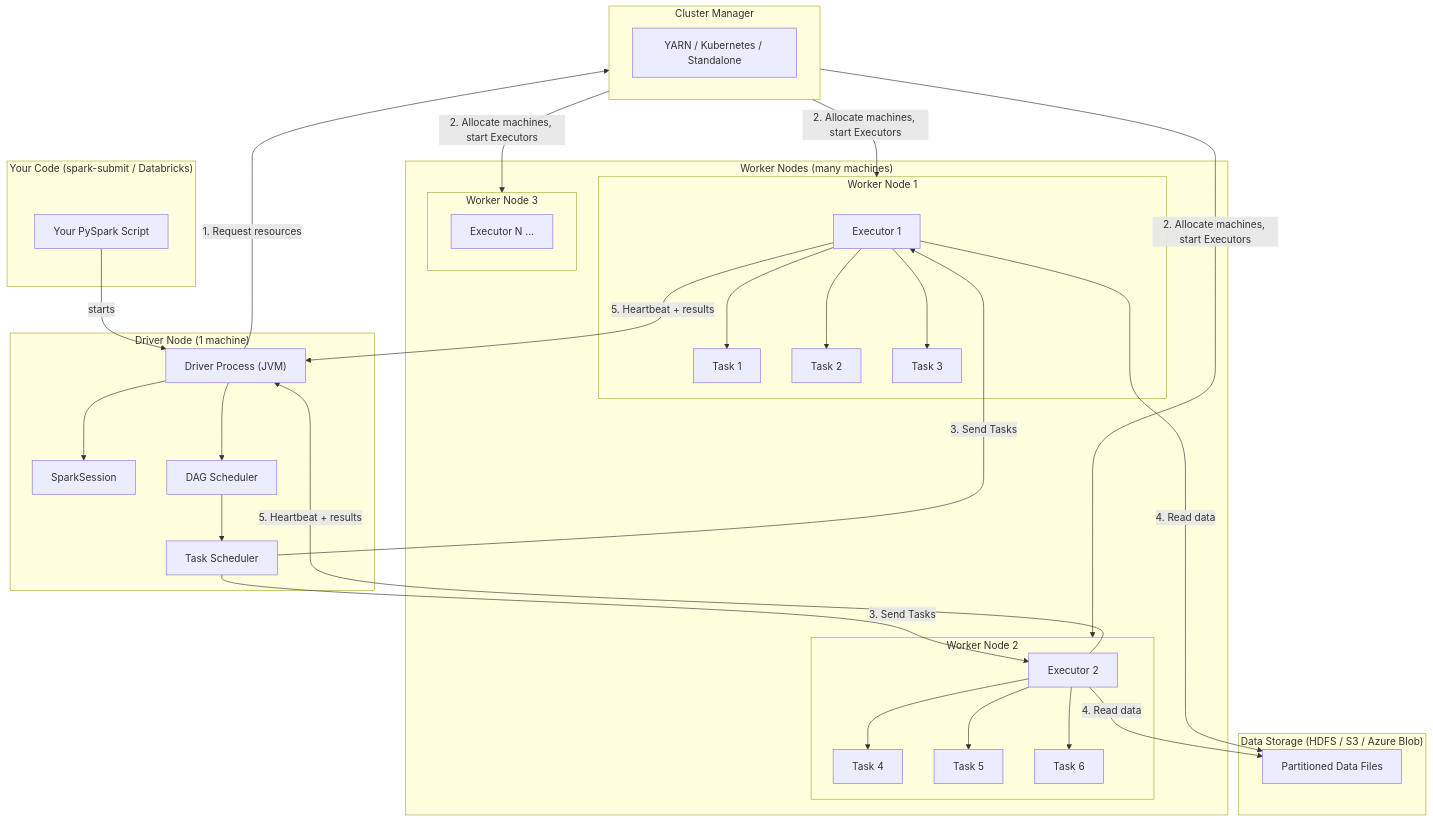
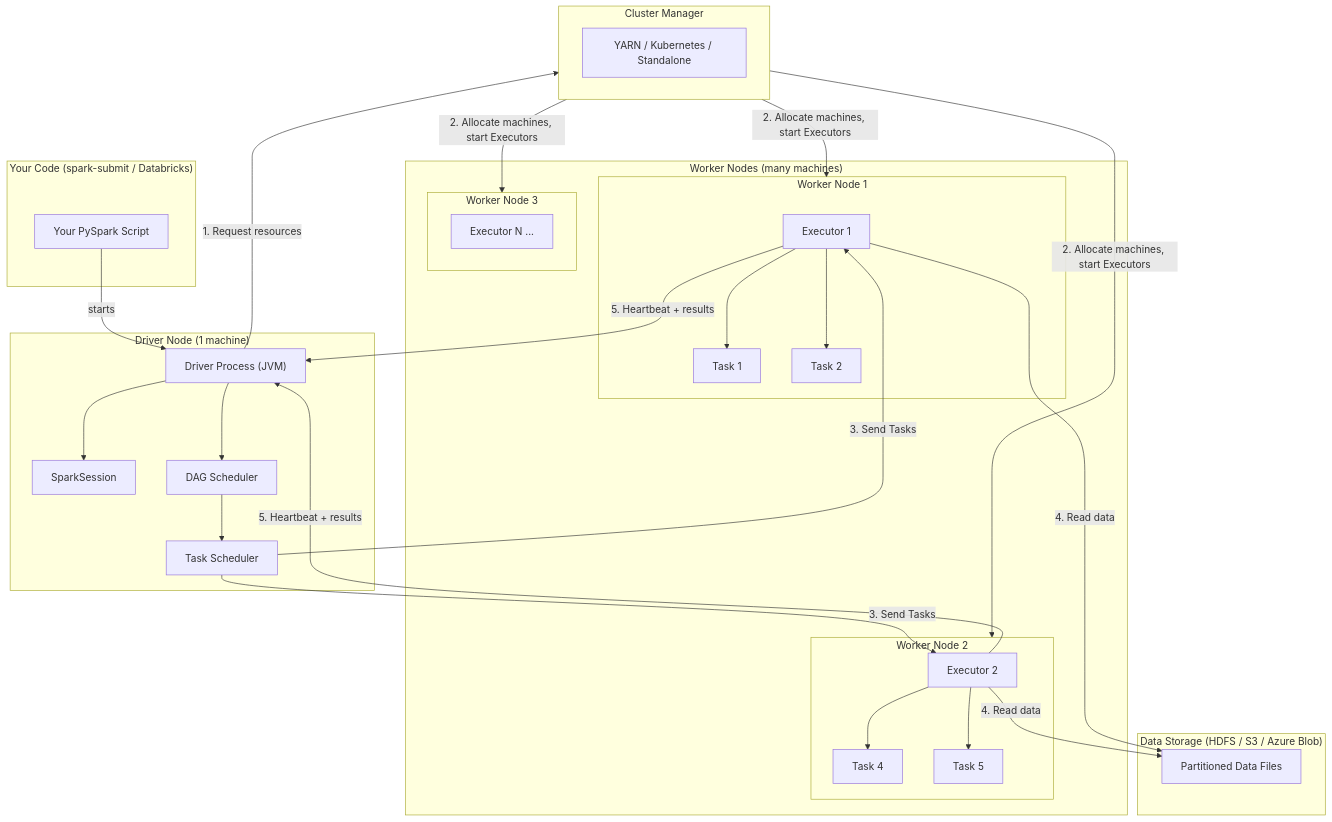
The diagram in spark/phase-1-spark-core-architecture/topic-1-driver-executors-cluster-manager/README.md (VishalJha847402/DE-2026-001), drawn with Mermaid before and after one commit. The commit also changed other lines of this file, not shown here.

````diff
--- a/spark/phase-1-spark-core-architecture/topic-1-driver-executors-cluster-manager/README.md
+++ b/spark/phase-1-spark-core-architecture/topic-1-driver-executors-cluster-manager/README.md
@@ -268,60 +283,51 @@
 ```mermaid
 graph TB
     subgraph YourCode["Your Code (spark-submit / Databricks)"]
         UC["Your PySpark Script"]
     end
-
     subgraph DriverNode["Driver Node (1 machine)"]
         DR["Driver Process (JVM)"]
         SS["SparkSession"]
         DAG["DAG Scheduler"]
         TS["Task Scheduler"]
     end
-
     subgraph CM["Cluster Manager"]
         YARN["YARN / Kubernetes / Standalone"]
     end
-
     subgraph WorkerCluster["Worker Nodes (many machines)"]
         subgraph W1["Worker Node 1"]
             E1["Executor 1"]
-            T1["Task 1"] 
+            T1["Task 1"]
             T2["Task 2"]
-            T3["Task 3"]
             E1 --> T1
             E1 --> T2
-            E1 --> T3
         end
         subgraph W2["Worker Node 2"]
             E2["Executor 2"]
             T4["Task 4"]
             T5["Task 5"]
-            T6["Task 6"]
             E2 --> T4
             E2 --> T5
-            E2 --> T6
         end
         subgraph W3["Worker Node 3"]
             E3["Executor N ..."]
         end
     end
-
     subgraph Storage["Data Storage (HDFS / S3 / Azure Blob)"]
         DATA["Partitioned Data Files"]
     end
-
     UC -->|"starts"| DR
     DR --> SS
     DR --> DAG
     DAG --> TS
     DR -->|"1. Request resources"| CM
     CM -->|"2. Allocate machines, start Executors"| W1
     CM -->|"2. Allocate machines, start Executors"| W2
     CM -->|"2. Allocate machines, start Executors"| W3
     TS -->|"3. Send Tasks"| E1
     TS -->|"3. Send Tasks"| E2
     E1 -->|"4. Read data"| DATA
     E2 -->|"4. Read data"| DATA
     E1 -->|"5. Heartbeat + results"| DR
     E2 -->|"5. Heartbeat + results"| DR
 ```
````
